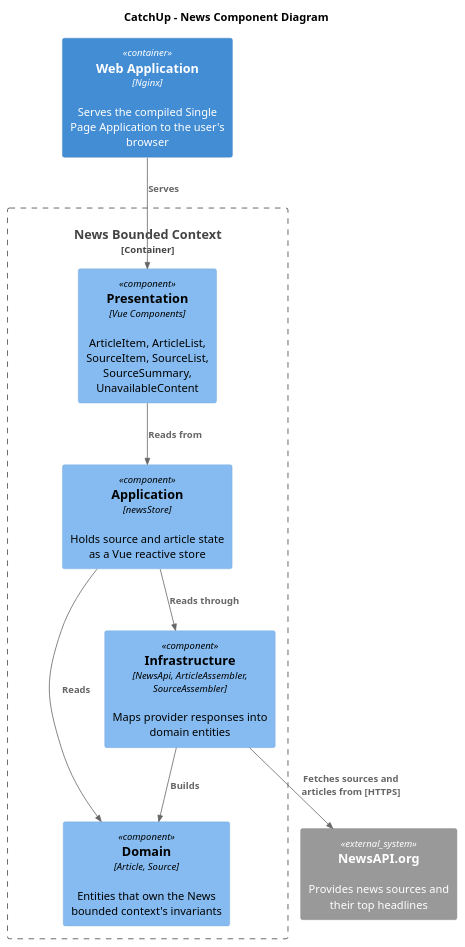
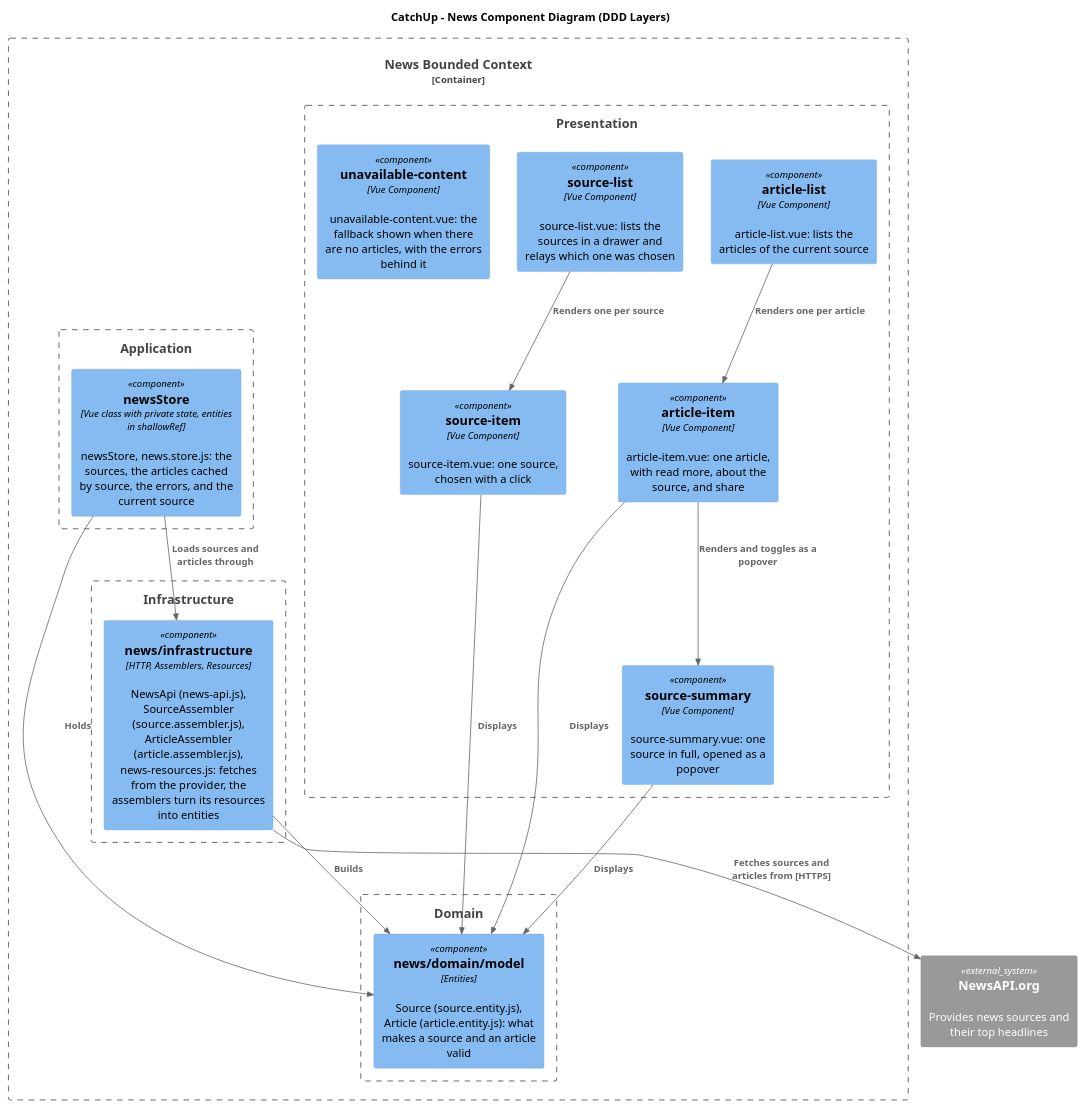
The diagram in docs/c4/components-frontend-news.puml (sebita97788/catch-up), drawn with PlantUML before and after one commit. The commit also changed 2 other files, not shown here.

```diff
--- a/docs/c4/components-frontend-news.puml
+++ b/docs/c4/components-frontend-news.puml
@@ -1,22 +1,38 @@
-@startuml "Components-News"
+@startuml "Components-Layers"
 !includeurl https://raw.githubusercontent.com/plantuml-stdlib/C4-PlantUML/master/C4_Component.puml
 
-title CatchUp - News Component Diagram
+title CatchUp - News Component Diagram (DDD Layers)
 
-Container(web, "Web Application", "Nginx", "Serves the compiled Single Page Application to the user's browser")
 System_Ext(newsapi, "NewsAPI.org", "Provides news sources and their top headlines")
 
 Container_Boundary(news, "News Bounded Context") {
-    Component(presentation, "Presentation", "Vue Components", "ArticleItem, ArticleList, SourceItem, SourceList, SourceSummary, UnavailableContent")
-    Component(application, "Application", "newsStore", "Holds source and article state as a Vue reactive store")
-    Component(domain, "Domain", "Article, Source", "Entities that own the News bounded context's invariants")
-    Component(infrastructure, "Infrastructure", "NewsApi, ArticleAssembler, SourceAssembler", "Maps provider responses into domain entities")
+    Boundary(presentation, "Presentation") {
+        Component(source_list, "source-list", "Vue Component", "source-list.vue: lists the sources in a drawer and relays which one was chosen")
+        Component(source_item, "source-item", "Vue Component", "source-item.vue: one source, chosen with a click")
+        Component(source_summary, "source-summary", "Vue Component", "source-summary.vue: one source in full, opened as a popover")
+        Component(article_list, "article-list", "Vue Component", "article-list.vue: lists the articles of the current source")
+        Component(article_item, "article-item", "Vue Component", "article-item.vue: one article, with read more, about the source, and share")
+        Component(unavailable_content, "unavailable-content", "Vue Component", "unavailable-content.vue: the fallback shown when there are no articles, with the errors behind it")
+    }
+    Boundary(application, "Application") {
+        Component(news_store, "newsStore", "Vue class with private state, entities in shallowRef", "newsStore, news.store.js: the sources, the articles cached by source, the errors, and the current source")
+    }
+    Boundary(domain, "Domain") {
+        Component(news_domain_model, "news/domain/model", "Entities", "Source (source.entity.js), Article (article.entity.js): what makes a source and an article valid")
+    }
+    Boundary(infrastructure, "Infrastructure") {
+        Component(news_infrastructure, "news/infrastructure", "HTTP, Assemblers, Resources", "NewsApi (news-api.js), SourceAssembler (source.assembler.js), ArticleAssembler (article.assembler.js), news-resources.js: fetches from the provider, the assemblers turn its resources into entities")
+    }
 }
 
-Rel(web, presentation, "Serves")
-Rel(presentation, application, "Reads from")
-Rel(application, infrastructure, "Reads through")
-Rel(application, domain, "Reads")
-Rel(infrastructure, domain, "Builds")
-Rel(infrastructure, newsapi, "Fetches sources and articles from [HTTPS]")
+Rel(source_list, source_item, "Renders one per source")
+Rel(article_list, article_item, "Renders one per article")
+Rel(article_item, source_summary, "Renders and toggles as a popover")
+Rel(source_item, news_domain_model, "Displays")
+Rel(source_summary, news_domain_model, "Displays")
+Rel(article_item, news_domain_model, "Displays")
+Rel(news_store, news_domain_model, "Holds")
+Rel(news_store, news_infrastructure, "Loads sources and articles through")
+Rel(news_infrastructure, news_domain_model, "Builds")
+Rel(news_infrastructure, newsapi, "Fetches sources and articles from [HTTPS]")
 @enduml
```
